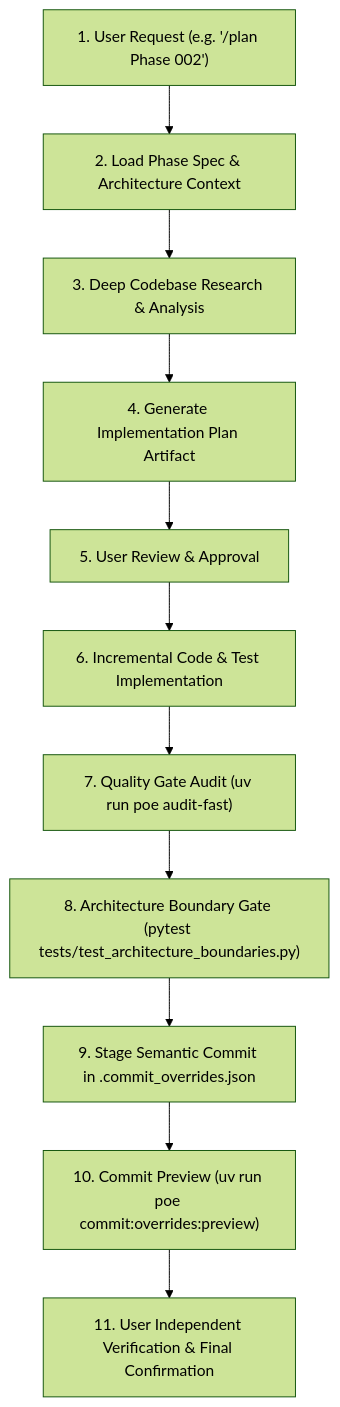
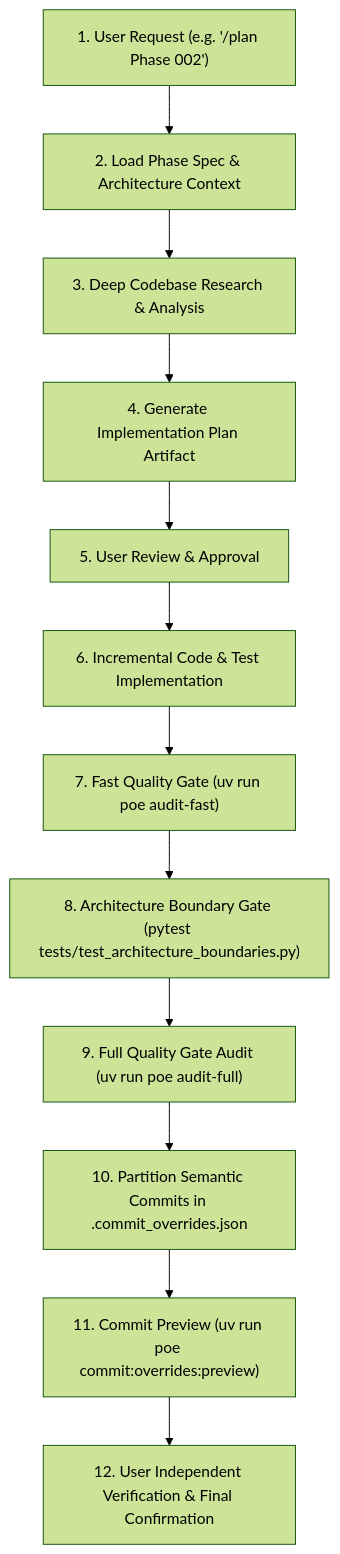
Before and after one commit to tks18/personal-finance-etl: the diagram in .agents/skills/pfetl-grand-refactor/SKILL.md, drawn with Mermaid (forest theme). The commit also changed other lines of this file, not shown here.

Commit message:
feat(skills): add zero-type-checking and audit-full refactor rules

````diff
--- a/.agents/skills/pfetl-grand-refactor/SKILL.md
+++ b/.agents/skills/pfetl-grand-refactor/SKILL.md
@@ -29,13 +29,14 @@
 ```mermaid
 flowchart TD
     A["1. User Request (e.g. '/plan Phase 002')"] --> B["2. Load Phase Spec & Architecture Context"]
     B --> C["3. Deep Codebase Research & Analysis"]
     C --> D["4. Generate Implementation Plan Artifact"]
     D --> E["5. User Review & Approval"]
     E --> F["6. Incremental Code & Test Implementation"]
-    F --> G["7. Quality Gate Audit (uv run poe audit-fast)"]
+    F --> G["7. Fast Quality Gate (uv run poe audit-fast)"]
     G --> H["8. Architecture Boundary Gate (pytest tests/test_architecture_boundaries.py)"]
-    H --> I["9. Stage Semantic Commit in .commit_overrides.json"]
-    I --> J["10. Commit Preview (uv run poe commit:overrides:preview)"]
-    J --> K["11. User Independent Verification & Final Confirmation"]
+    H --> I["9. Full Quality Gate Audit (uv run poe audit-full)"]
+    I --> J["10. Partition Semantic Commits in .commit_overrides.json"]
+    J --> K["11. Commit Preview (uv run poe commit:overrides:preview)"]
+    K --> L["12. User Independent Verification & Final Confirmation"]
 ```
````
